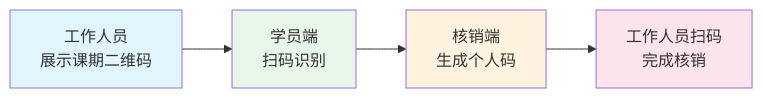
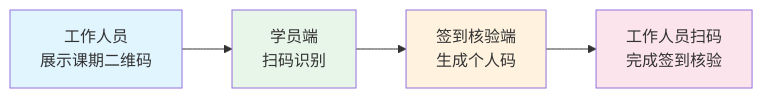
The first of 8 diagrams in 课程培训平台/PRD.md (zingxy/side-job), drawn with Mermaid before and after one commit. The commit also changed other lines of this file and 1 other file, not shown here.

````diff
--- a/课程培训平台/PRD.md
+++ b/课程培训平台/PRD.md
@@ -79,12 +95,12 @@
 ```mermaid
 
    flowchart LR
        A[工作人员<br/>展示课期二维码] --> B[学员端<br/>扫码识别]
-       B --> C[核销端<br/>生成个人码]
-       C --> D[工作人员扫码<br/>完成核销]
+       B --> C[签到核验端<br/>生成个人码]
+       C --> D[工作人员扫码<br/>完成签到核验]
 
        style A fill:#e1f5ff
        style B fill:#e8f5e9
        style C fill:#fff3e0
        style D fill:#fce4ec
 ```
````
